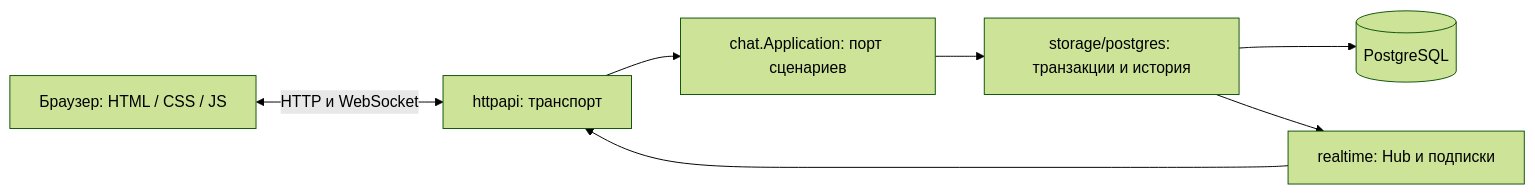
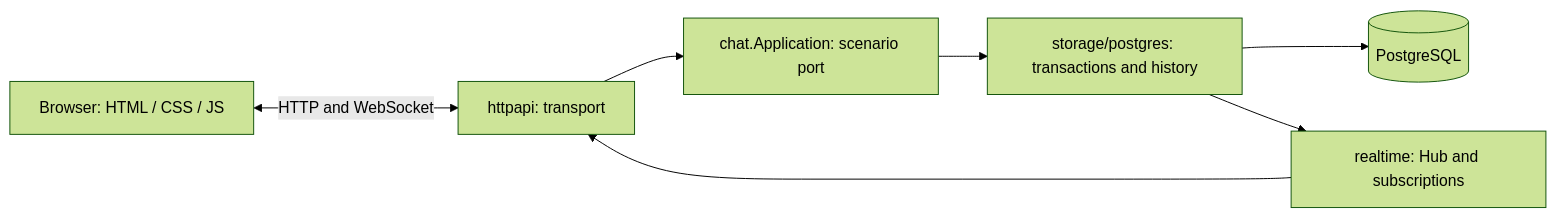
Before and after one commit to fnder7/nullchat: the first of 2 diagrams in docs/ARCHITECTURE.md, drawn with Mermaid (forest theme). The commit also changed other lines of this file and 21 other files, not shown here.

````diff
--- a/docs/ARCHITECTURE.md
+++ b/docs/ARCHITECTURE.md
@@ -9,9 +9,9 @@
 ```mermaid
 flowchart LR
-    A[Браузер: HTML / CSS / JS] <-->|HTTP и WebSocket| B[httpapi: транспорт]
-    B --> C[chat.Application: порт сценариев]
-    C --> D[storage/postgres: транзакции и история]
+    A[Browser: HTML / CSS / JS] <-->|HTTP and WebSocket| B[httpapi: transport]
+    B --> C[chat.Application: scenario port]
+    C --> D[storage/postgres: transactions and history]
     D --> DB[(PostgreSQL)]
-    D --> E[realtime: Hub и подписки]
+    D --> E[realtime: Hub and subscriptions]
     E --> B
 ```
````
